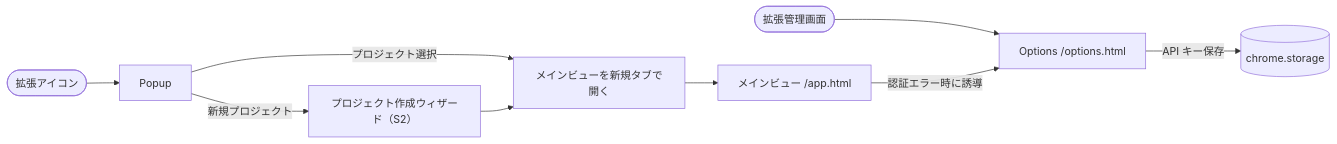
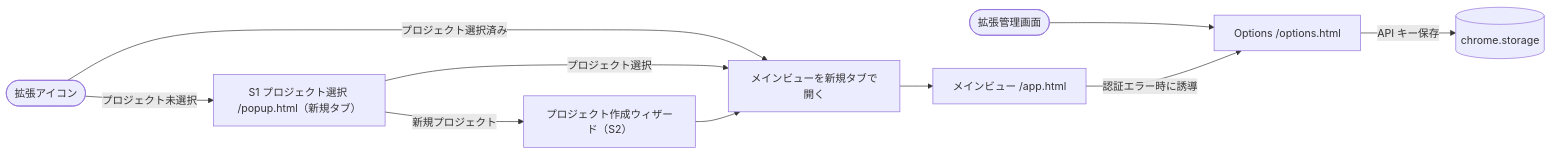
The first of 3 diagrams in docs/ui-flow.md (youkiti/sr-data-extraction-plugin), drawn with Mermaid before and after one commit. The commit also changed other lines of this file and 7 other files, not shown here.

````diff
--- a/docs/ui-flow.md
+++ b/docs/ui-flow.md
@@ -18,12 +20,13 @@
 ```mermaid
 flowchart LR
-    Icon([拡張アイコン]) --> Popup
+    Icon([拡張アイコン]) -->|プロジェクト未選択| Popup["S1 プロジェクト選択 /popup.html（新規タブ）"]
+    Icon -->|プロジェクト選択済み| Open
     Popup -->|プロジェクト選択| Open[メインビューを新規タブで開く]
     Popup -->|新規プロジェクト| New["プロジェクト作成ウィザード（S2）"]
     New --> Open
     Open --> Main[メインビュー /app.html]
 
     Manage([拡張管理画面]) --> Options[Options /options.html]
     Options -->|API キー保存| Storage[(chrome.storage)]
     Main -->|認証エラー時に誘導| Options
 ```
````
